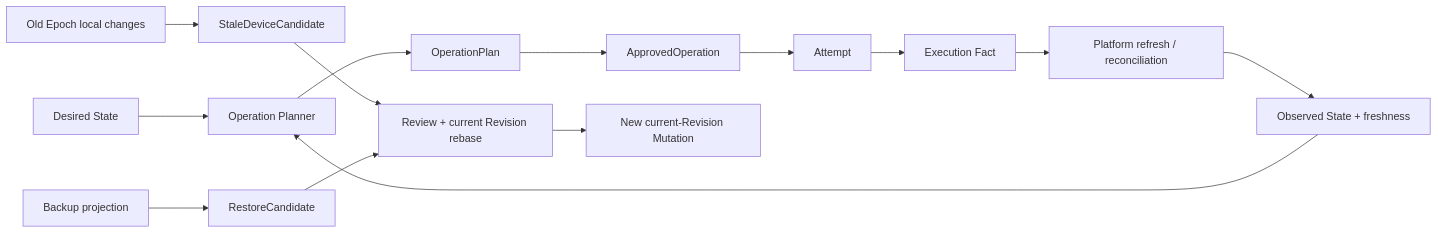
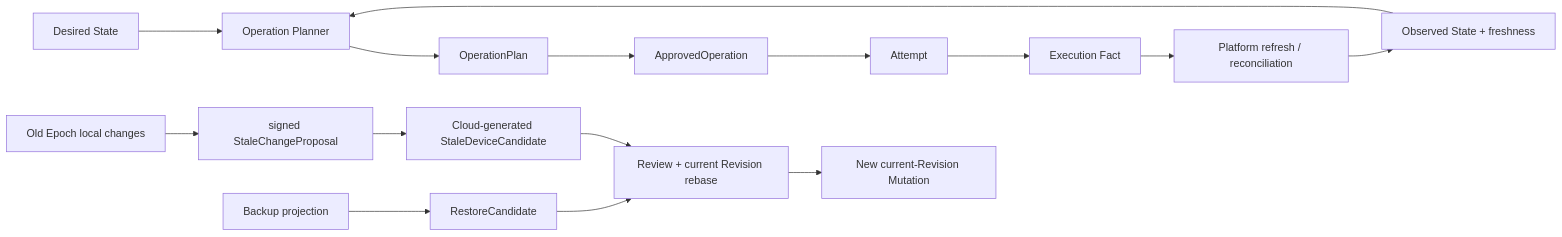
One commit to newcodebook/GoodDealer changed the third of 3 diagrams in docs/DATA_MODEL_MAP.md. Above: the diagram before and after it, drawn with Mermaid. The commit also changed other lines of this file and 318 other files, not shown here.

````diff
--- a/docs/DATA_MODEL_MAP.md
+++ b/docs/DATA_MODEL_MAP.md
@@ -62,17 +74,18 @@
 ```mermaid
 flowchart LR
     Desired["Desired State"] --> Planner["Operation Planner"]
     Observed["Observed State + freshness"] --> Planner
     Planner --> Plan["OperationPlan"]
     Plan --> Approval["ApprovedOperation"]
     Approval --> Attempt["Attempt"]
     Attempt --> Fact["Execution Fact"]
     Fact --> Refresh["Platform refresh / reconciliation"]
     Refresh --> Observed
 
-    OldEpoch["Old Epoch local changes"] --> StaleCandidate["StaleDeviceCandidate"]
+    OldEpoch["Old Epoch local changes"] --> Proposal["signed StaleChangeProposal"]
+    Proposal --> StaleCandidate["Cloud-generated StaleDeviceCandidate"]
     Backup["Backup projection"] --> RestoreCandidate["RestoreCandidate"]
     StaleCandidate --> Review["Review + current Revision rebase"]
     RestoreCandidate --> Review
     Review --> NewMutation["New current-Revision Mutation"]
 ```
````
